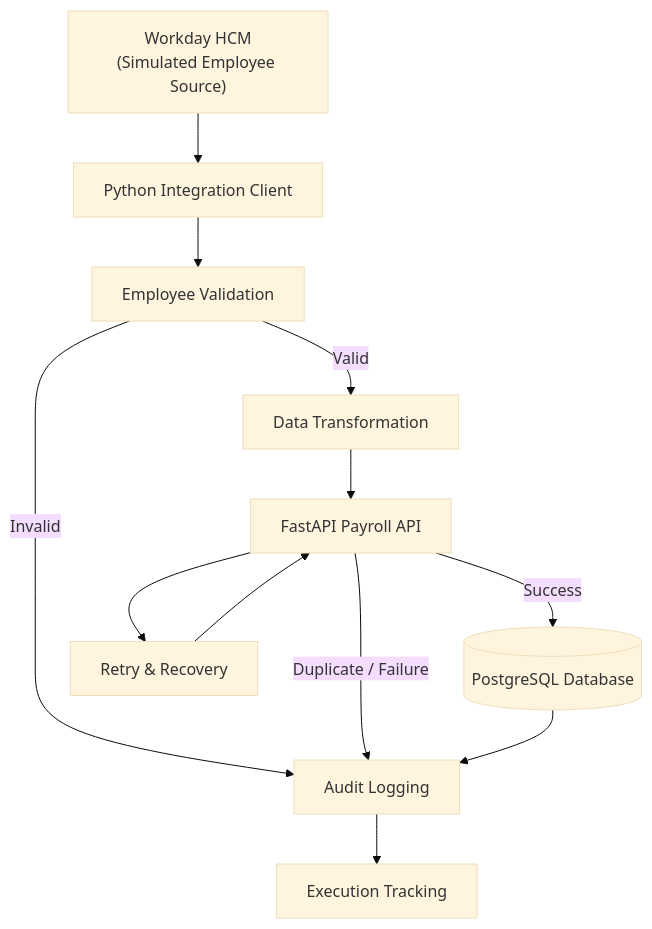
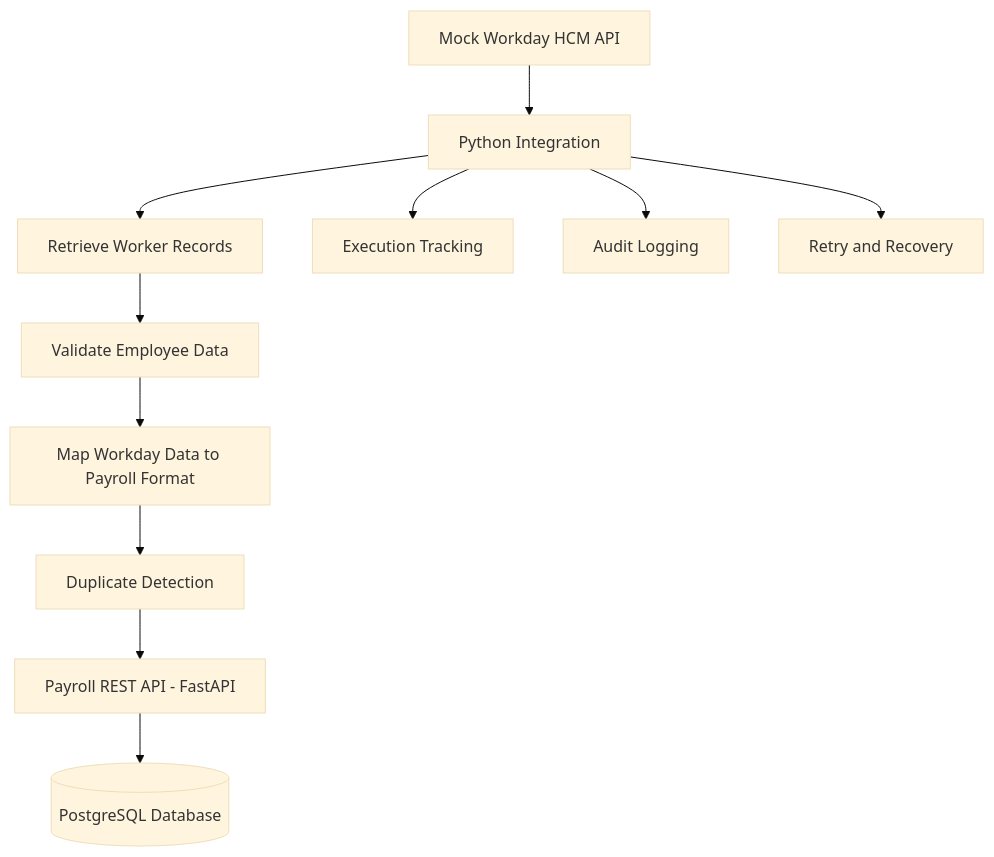
Before and after one commit to chetan-c/NewHireToPayroll: the diagram in README.md, drawn with Mermaid (base theme). The commit also changed other lines of this file and 2 other files, not shown here.

````diff
--- a/README.md
+++ b/README.md
@@ -23,24 +27,13 @@
 ```mermaid
 flowchart TD
-    A["Workday HCM<br/>(Simulated Employee Source)"]
-    B["Python Integration Client"]
-    C["Employee Validation"]
-    D["Data Transformation"]
-    E["FastAPI Payroll API"]
-    F[("PostgreSQL Database")]
-    G["Audit Logging"]
-    H["Execution Tracking"]
-    I["Retry & Recovery"]
-
-    A --> B
-    B --> C
-    C -->|Valid| D
-    C -->|Invalid| G
-    D --> E
-    E -->|Success| F
-    E -->|Duplicate / Failure| G
-    F --> G
-    G --> H
-    E --> I
-    I --> E
+    A["Mock Workday HCM API"] --> B["Python Integration"]
+    B --> C["Retrieve Worker Records"]
+    C --> D["Validate Employee Data"]
+    D --> E["Map Workday Data to Payroll Format"]
+    E --> F["Duplicate Detection"]
+    F --> G["Payroll REST API - FastAPI"]
+    G --> H[("PostgreSQL Database")]
+    B --> I["Execution Tracking"]
+    B --> J["Audit Logging"]
+    B --> K["Retry and Recovery"]
 ```
````
